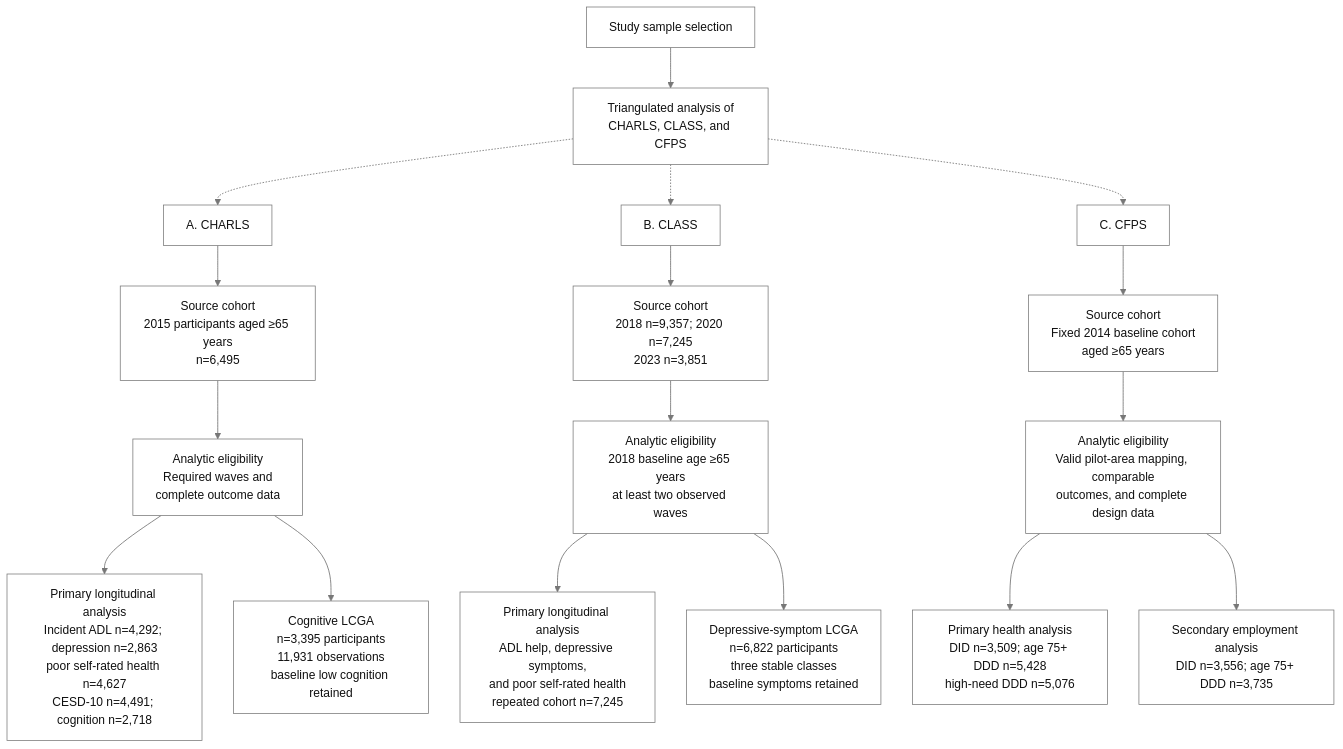
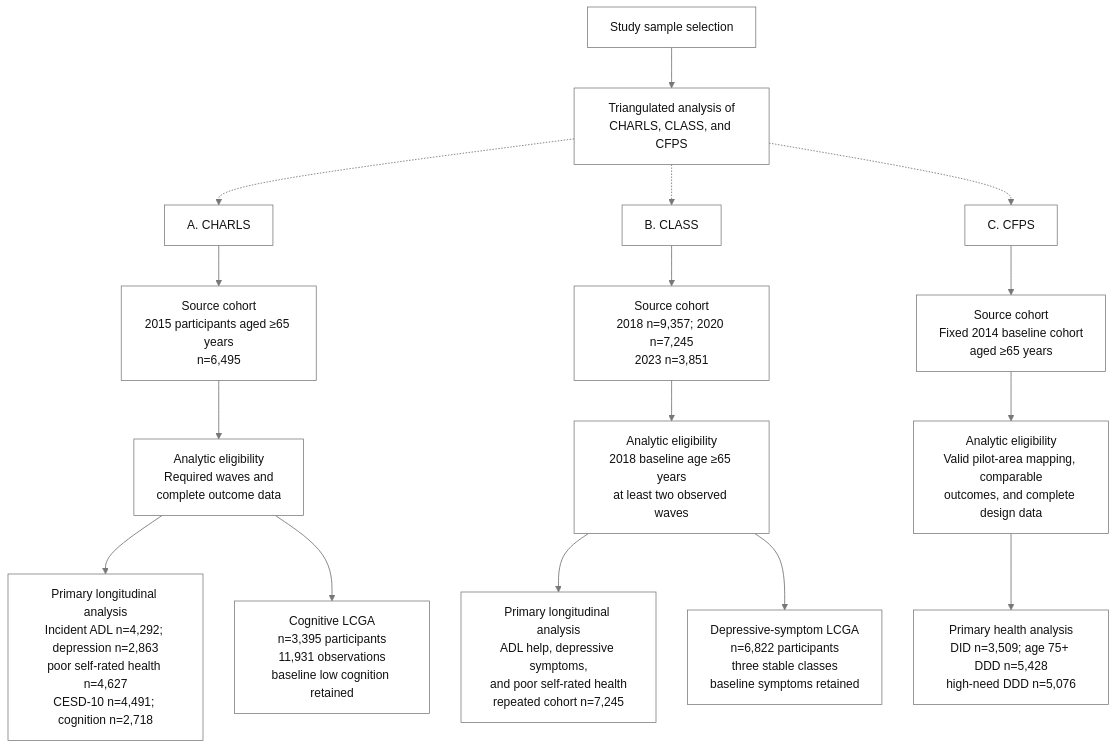
The diagram in 06_code/mermaid/Supplementary_Figure_S1_study_selection.mmd (r-ruser/china-policy-did), drawn with Mermaid before and after one commit. The commit also changed 5 other files, not shown here.

Commit message:
Remove CFPS employment analysis from v3.1

```diff
--- a/06_code/mermaid/Supplementary_Figure_S1_study_selection.mmd
+++ b/06_code/mermaid/Supplementary_Figure_S1_study_selection.mmd
@@ -1,46 +1,45 @@
 %%{init: {
   "theme": "base",
   "themeVariables": {
     "background": "#FFFFFF",
     "primaryColor": "#FFFFFF",
     "primaryTextColor": "#111111",
     "primaryBorderColor": "#777777",
     "lineColor": "#777777",
     "fontFamily": "Arial",
     "fontSize": "16px"
   },
   "flowchart": {
     "htmlLabels": true,
     "curve": "basis",
     "nodeSpacing": 42,
     "rankSpacing": 54,
     "diagramPadding": 12,
     "useMaxWidth": false
   }
 }}%%
 
 flowchart TB
   S["Study sample selection"] --> T["Triangulated analysis of<br/>CHARLS, CLASS, and CFPS"]
 
   T -.-> A["A. CHARLS"]
   T -.-> B["B. CLASS"]
   T -.-> C["C. CFPS"]
 
   A --> A1["Source cohort<br/>2015 participants aged ≥65 years<br/>n=6,495"]
   A1 --> A2["Analytic eligibility<br/>Required waves and<br/>complete outcome data"]
   A2 --> A3["Primary longitudinal analysis<br/>Incident ADL n=4,292; depression n=2,863<br/>poor self-rated health n=4,627<br/>CESD-10 n=4,491; cognition n=2,718"]
   A2 --> A4["Cognitive LCGA<br/>n=3,395 participants<br/>11,931 observations<br/>baseline low cognition retained"]
 
   B --> B1["Source cohort<br/>2018 n=9,357; 2020 n=7,245<br/>2023 n=3,851"]
   B1 --> B2["Analytic eligibility<br/>2018 baseline age ≥65 years<br/>at least two observed waves"]
   B2 --> B3["Primary longitudinal analysis<br/>ADL help, depressive symptoms,<br/>and poor self-rated health<br/>repeated cohort n=7,245"]
   B2 --> B4["Depressive-symptom LCGA<br/>n=6,822 participants<br/>three stable classes<br/>baseline symptoms retained"]
 
   C --> C1["Source cohort<br/>Fixed 2014 baseline cohort<br/>aged ≥65 years"]
   C1 --> C2["Analytic eligibility<br/>Valid pilot-area mapping, comparable<br/>outcomes, and complete design data"]
   C2 --> C3["Primary health analysis<br/>DID n=3,509; age 75+ DDD n=5,428<br/>high-need DDD n=5,076"]
-  C2 --> C4["Secondary employment analysis<br/>DID n=3,556; age 75+ DDD n=3,735"]
 
   classDef box fill:#FFFFFF,stroke:#777777,stroke-width:1px,color:#111111;
-  class S,T,A,B,C,A1,A2,A3,A4,B1,B2,B3,B4,C1,C2,C3,C4 box;
+  class S,T,A,B,C,A1,A2,A3,A4,B1,B2,B3,B4,C1,C2,C3 box;
   linkStyle default stroke:#777777,stroke-width:1.15px;
```
